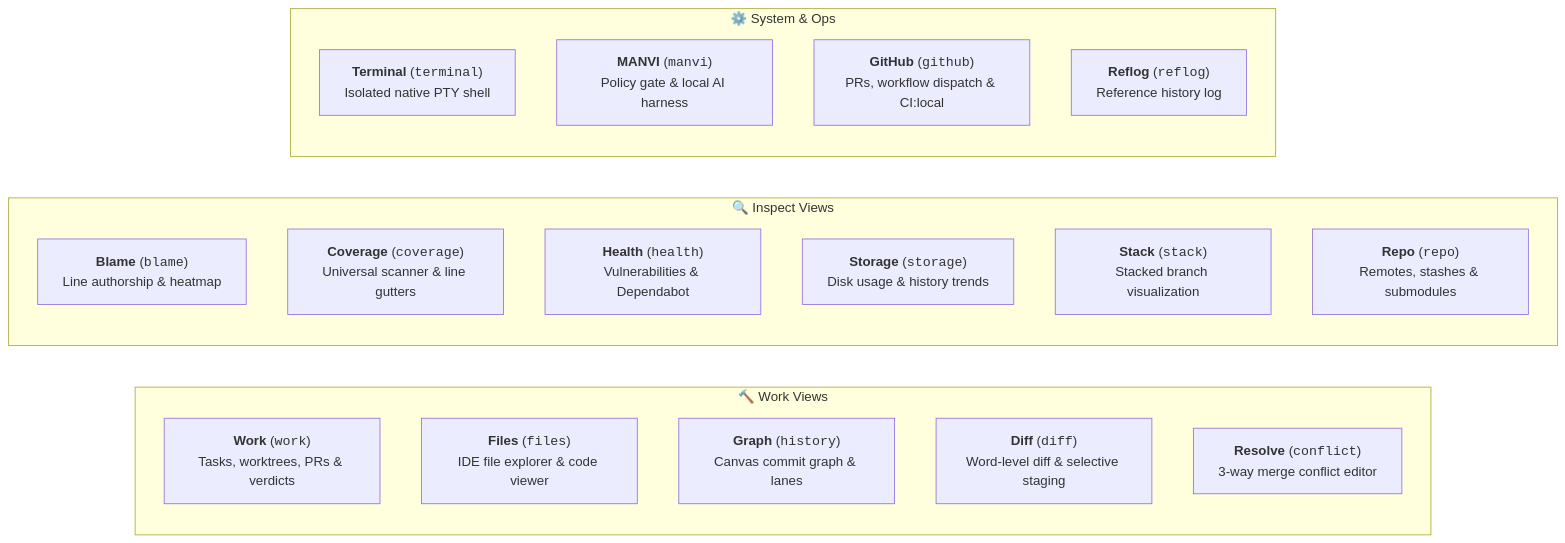
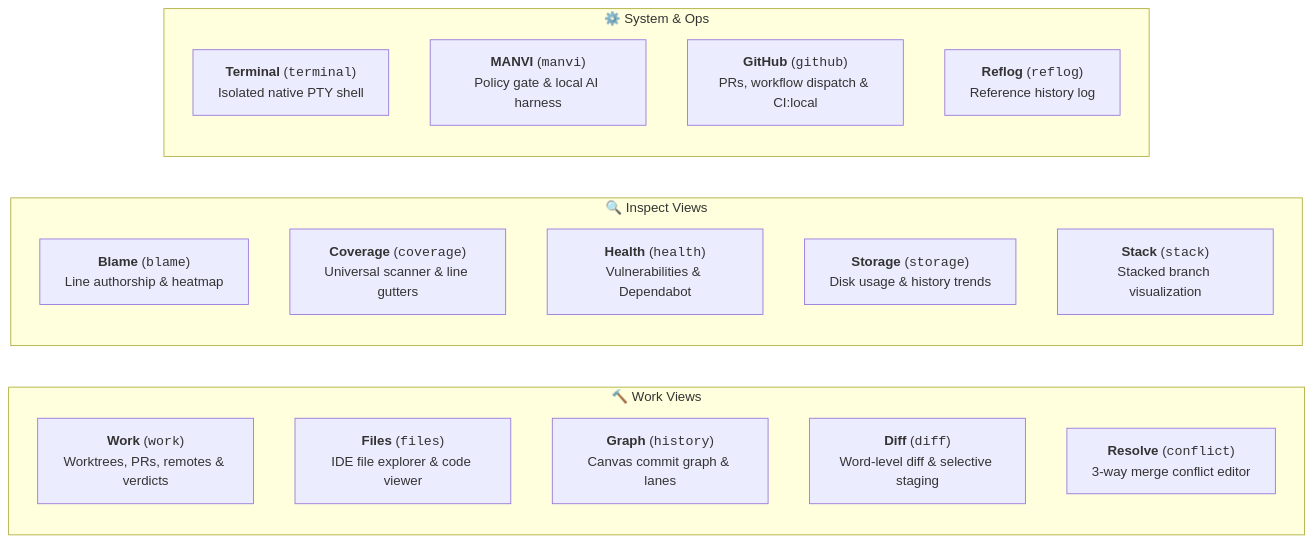
The second of 4 diagrams in README.md (bharathvbcr/GitPulse), drawn with Mermaid before and after one commit. The commit also changed other lines of this file and 95 other files, not shown here.

First line of the commit message:
feat(work): reach remotes, tags and submodules from the UI, and never present a capped list as complete

````diff
--- a/README.md
+++ b/README.md
@@ -91,26 +93,25 @@
 ```mermaid
 flowchart LR
     subgraph Work["🔨 Work Views"]
-        WorkTab["<b>Work</b> (<code>work</code>)<br/>Tasks, worktrees, PRs & verdicts"]
+        WorkTab["<b>Work</b> (<code>work</code>)<br/>Worktrees, PRs, remotes & verdicts"]
         Files["<b>Files</b> (<code>files</code>)<br/>IDE file explorer & code viewer"]
         Graph["<b>Graph</b> (<code>history</code>)<br/>Canvas commit graph & lanes"]
         Diff["<b>Diff</b> (<code>diff</code>)<br/>Word-level diff & selective staging"]
         Conflict["<b>Resolve</b> (<code>conflict</code>)<br/>3-way merge conflict editor"]
     end
 
     subgraph Inspect["🔍 Inspect Views"]
         Blame["<b>Blame</b> (<code>blame</code>)<br/>Line authorship & heatmap"]
         Coverage["<b>Coverage</b> (<code>coverage</code>)<br/>Universal scanner & line gutters"]
         Health["<b>Health</b> (<code>health</code>)<br/>Vulnerabilities & Dependabot"]
         Storage["<b>Storage</b> (<code>storage</code>)<br/>Disk usage & history trends"]
         Stack["<b>Stack</b> (<code>stack</code>)<br/>Stacked branch visualization"]
-        Repo["<b>Repo</b> (<code>repo</code>)<br/>Remotes, stashes & submodules"]
     end
 
     subgraph System["⚙️ System & Ops"]
         Terminal["<b>Terminal</b> (<code>terminal</code>)<br/>Isolated native PTY shell"]
         MANVI["<b>MANVI</b> (<code>manvi</code>)<br/>Policy gate & local AI harness"]
         GitHub["<b>GitHub</b> (<code>github</code>)<br/>PRs, workflow dispatch & CI:local"]
         Reflog["<b>Reflog</b> (<code>reflog</code>)<br/>Reference history log"]
     end
 ```
````
